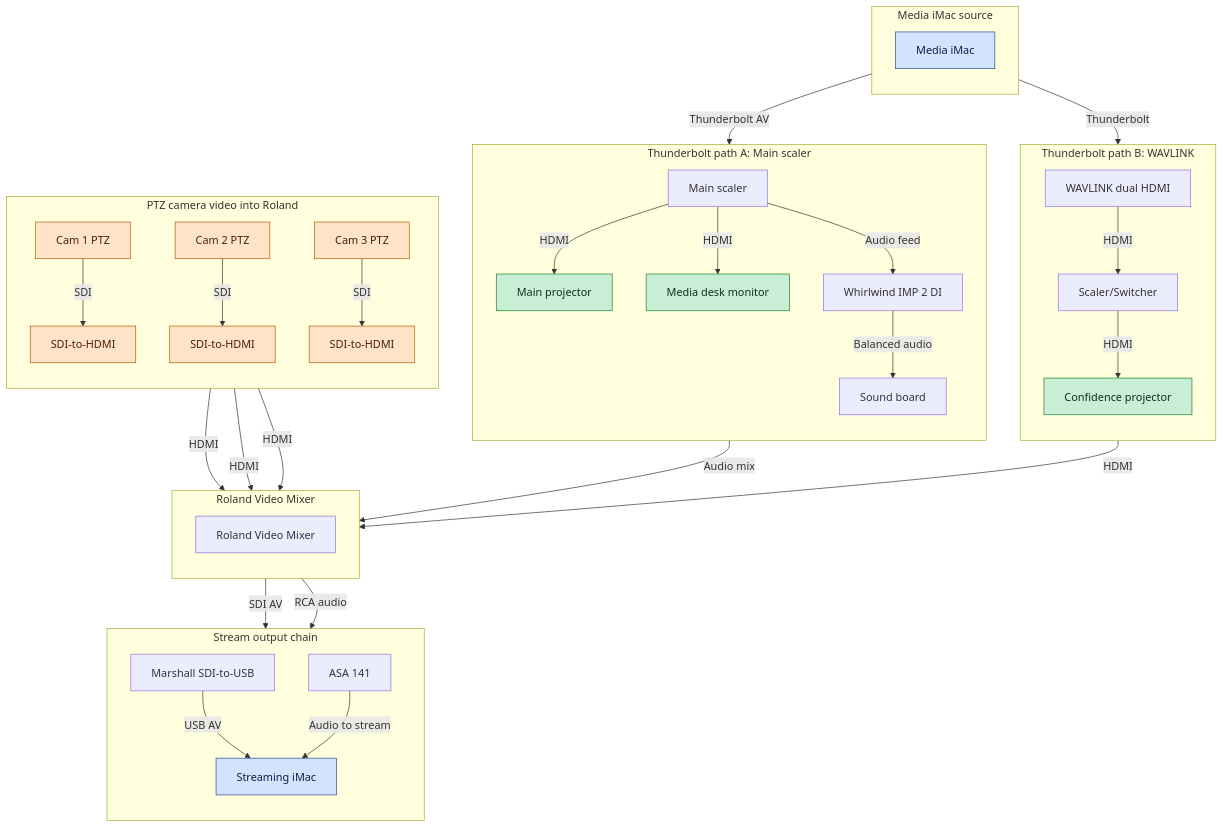
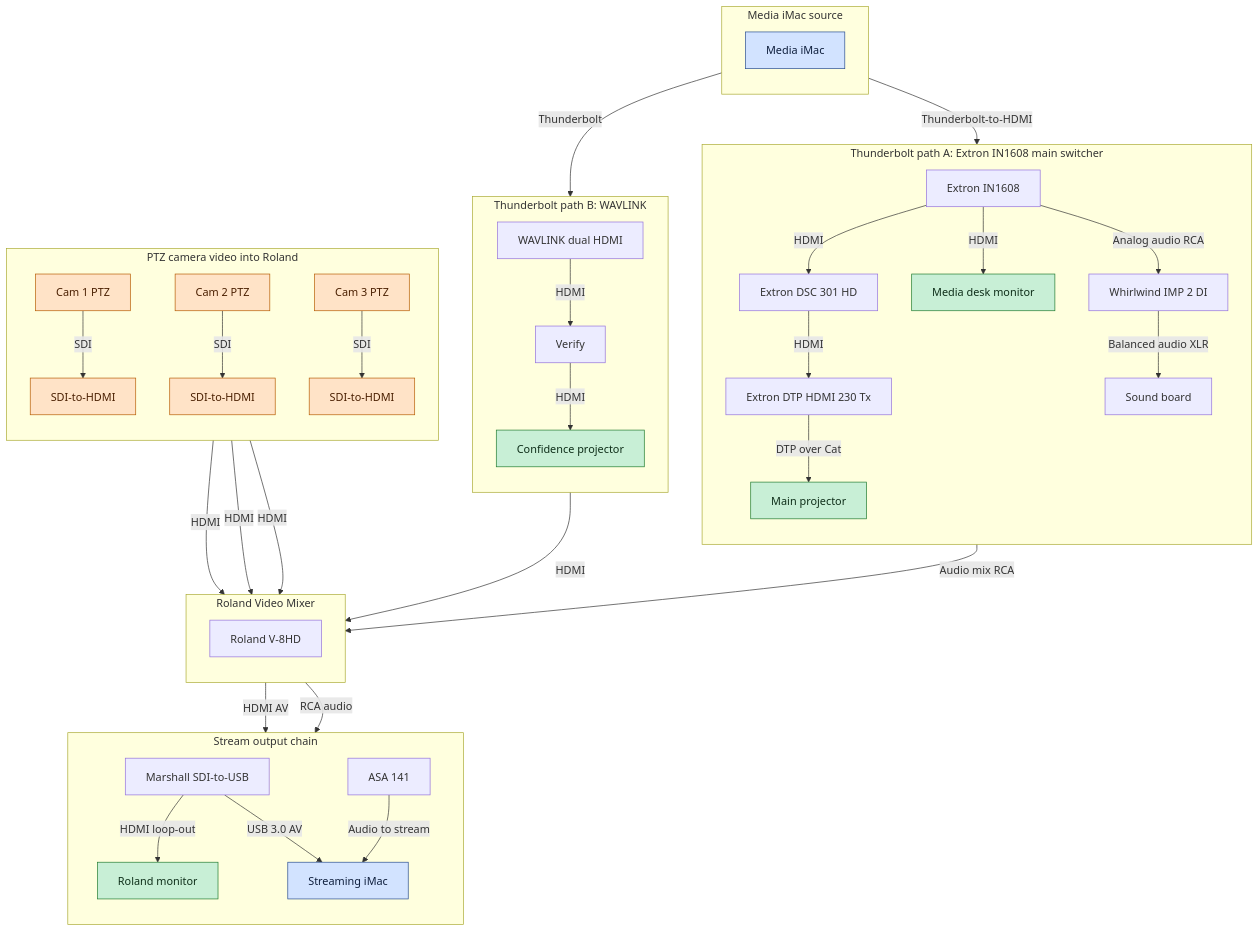
One commit to nmummau/mjmc-tech-docs changed the first of 2 diagrams in docs/big-picture.md. Above: the diagram before and after it, drawn with Mermaid. The commit also changed other lines of this file and 5 other files, not shown here.

Commit message:
docs: add power and wiring diagrams

````diff
--- a/docs/big-picture.md
+++ b/docs/big-picture.md
@@ -15,57 +15,69 @@
 ```mermaid
 flowchart TB
     subgraph SRC[Media iMac source]
         direction TB
         MI[Media iMac]
     end
 
     subgraph ROLAND[Roland Video Mixer]
         direction TB
-        RM[Roland Video Mixer]
+        RM[Roland V-8HD]
+    end
+
+    subgraph TB2[Thunderbolt path A: Extron IN1608 main switcher]
+        direction TB
+        MI -->|Thunderbolt-to-HDMI| SC_MAIN[Extron IN1608]
+        SC_MAIN -->|HDMI| DSC301[Extron DSC 301 HD]
+        DSC301 -->|HDMI| DTP_TX[Extron DTP HDMI 230 Tx]
+        DTP_TX -->|DTP over Cat| PJ1[Main projector]
+        SC_MAIN -->|HDMI| DESK[Media desk monitor]
+        SC_MAIN -->|Analog audio RCA| DI[Whirlwind IMP 2 DI]
+        DI -->|Balanced audio XLR| SB[Sound board]
+        SB -->|Audio mix RCA| RM
     end
 
     subgraph TB1[Thunderbolt path B: WAVLINK]
         direction TB
         MI -->|Thunderbolt| WL[WAVLINK dual HDMI]
-        WL -->|HDMI| SC_CONF[Scaler/Switcher]
+        WL -->|HDMI| SC_CONF[Verify]
         SC_CONF -->|HDMI| CONF[Confidence projector]
         WL -->|HDMI| RM
-    end
-
-    subgraph TB2[Thunderbolt path A: Main scaler]
-        direction TB
-        MI -->|Thunderbolt AV| SC_MAIN[Main scaler]
-        SC_MAIN -->|HDMI| PJ1[Main projector]
-        SC_MAIN -->|HDMI| DESK[Media desk monitor]
-        SC_MAIN -->|Audio feed| DI[Whirlwind IMP 2 DI]
-        DI -->|Balanced audio| SB[Sound board]
-        SB -->|Audio mix| RM
     end
 
     subgraph CAMS[PTZ camera video into Roland]
         direction TB
         CAM1[Cam 1 PTZ] -->|SDI| CAM1CVT[SDI-to-HDMI]
         CAM1CVT -->|HDMI| RM
         CAM2[Cam 2 PTZ] -->|SDI| CAM2CVT[SDI-to-HDMI]
         CAM2CVT -->|HDMI| RM
         CAM3[Cam 3 PTZ] -->|SDI| CAM3CVT[SDI-to-HDMI]
         CAM3CVT -->|HDMI| RM
     end
 
     subgraph STREAM[Stream output chain]
         direction TB
-        RM -->|SDI AV| SDIUSB[Marshall SDI-to-USB]
-        SDIUSB -->|USB AV| SIMAC[Streaming iMac]
+        RM -->|HDMI AV| SDIUSB[Marshall SDI-to-USB]
+        SDIUSB -->|HDMI loop-out| RMON[Roland monitor]
+        SDIUSB -->|USB 3.0 AV| SIMAC[Streaming iMac]
         RM -->|RCA audio| ASA141[ASA 141]
         ASA141 -->|Audio to stream| SIMAC
     end
+
+    click WL "/mjmc-tech-docs/equipment/worship-center-video.html#wavlink-hdmi-splitter-for-dual-monitor" "Open WAVLINK in equipment docs"
+    click RM "/mjmc-tech-docs/equipment/worship-center-video.html#roland-v-8hd-video-switcher" "Open Roland V-8HD details"
+    click SC_MAIN "/mjmc-tech-docs/equipment/worship-center-video.html#extron-in1608" "Open Extron IN1608 details"
+    click DSC301 "/mjmc-tech-docs/equipment/worship-center-video.html#extron-dsc-301-hd" "Open Extron DSC 301 HD details"
+    click DTP_TX "/mjmc-tech-docs/equipment/worship-center-video.html#extron-dtp-hdmi-230-tx" "Open Extron DTP HDMI 230 Tx details"
+    click DI "/mjmc-tech-docs/equipment/worship-center-video.html#whirlwind-imp-2-direct-box" "Open Whirlwind DI details"
+    click SDIUSB "/mjmc-tech-docs/equipment/worship-center-video.html#marshall-sdi-to-usb-converter" "Open Marshall SDI-to-USB details"
+    click ASA141 "/mjmc-tech-docs/equipment/worship-center-video.html#asa-141" "Open ASA 141 details"
 
     classDef mac fill:#d2e3ff,stroke:#274b8f,stroke-width:1px,color:#0f1f3d;
     classDef display fill:#c8efd6,stroke:#1f7a2e,stroke-width:1px,color:#0f2f1a;
     classDef camera fill:#ffe3c7,stroke:#b65b00,stroke-width:1px,color:#4a1f00;
     classDef control fill:#f3d9ff,stroke:#8b2bb0,stroke-width:1px,color:#3c0c52;
 
     class MI,SIMAC mac;
-    class PJ1,DESK,CONF display;
+    class PJ1,DESK,CONF,RMON display;
     class CAM1,CAM2,CAM3,CAM1CVT,CAM2CVT,CAM3CVT camera;
 ```
````
